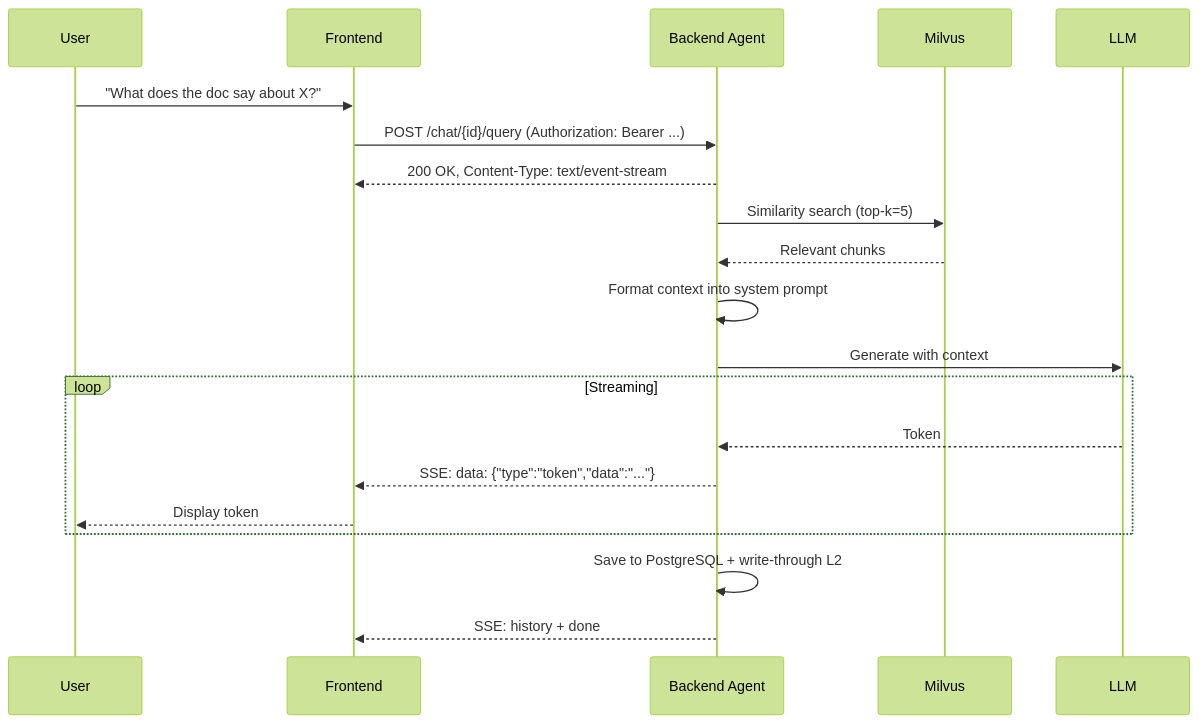
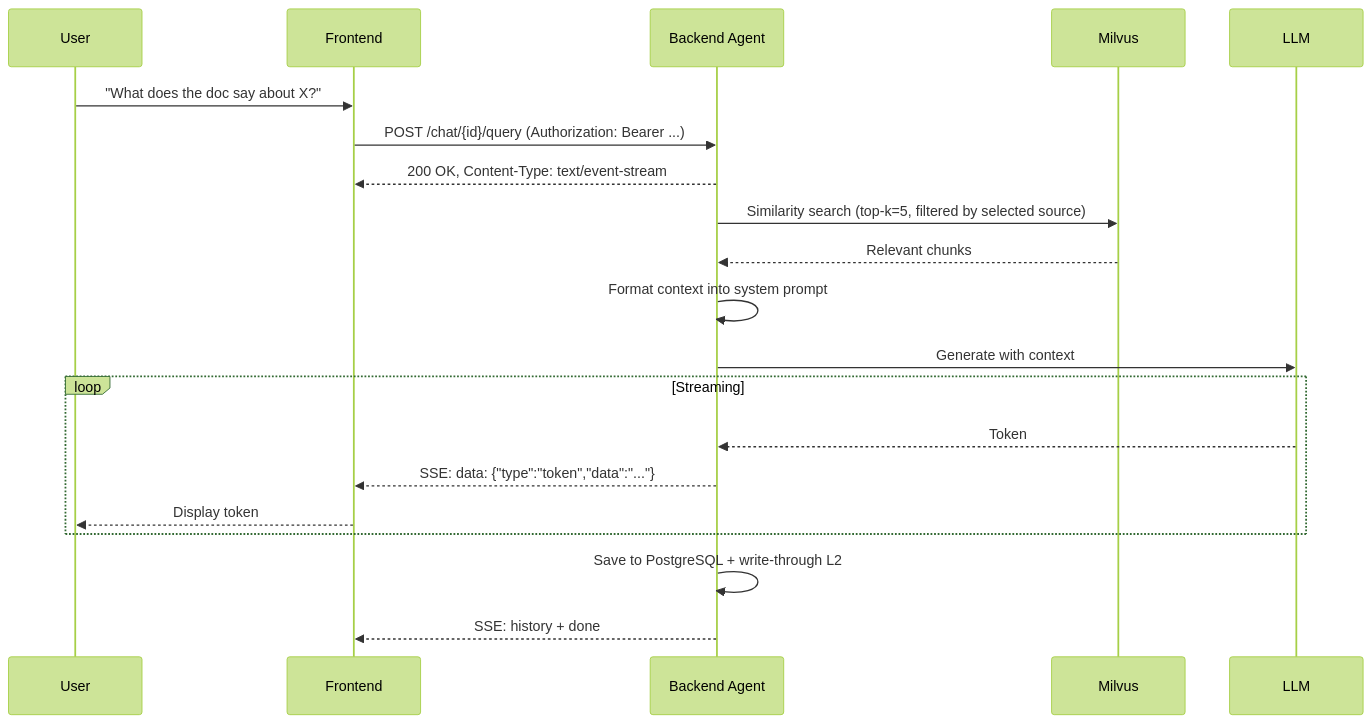
The third of 3 diagrams in README.md (devgig/rag-agent-chatbot), drawn with Mermaid (forest theme) before and after one commit. The commit also changed other lines of this file and 6 other files, not shown here.

First line of the commit message:
Update all docs to reflect current architecture

````diff
--- a/README.md
+++ b/README.md
@@ -109,27 +109,27 @@
 ```mermaid
 sequenceDiagram
     participant User
     participant Frontend
     participant Backend as Backend Agent
     participant Milvus
     participant LLM
 
     User->>Frontend: "What does the doc say about X?"
     Frontend->>Backend: POST /chat/{id}/query (Authorization: Bearer ...)
     Backend-->>Frontend: 200 OK, Content-Type: text/event-stream
 
-    Backend->>Milvus: Similarity search (top-k=5)
+    Backend->>Milvus: Similarity search (top-k=5, filtered by selected source)
     Milvus-->>Backend: Relevant chunks
 
     Backend->>Backend: Format context into system prompt
     Backend->>LLM: Generate with context
 
     loop Streaming
         LLM-->>Backend: Token
         Backend-->>Frontend: SSE: data: {"type":"token","data":"..."}
         Frontend-->>User: Display token
     end
 
     Backend->>Backend: Save to PostgreSQL + write-through L2
     Backend-->>Frontend: SSE: history + done
 ```
````
